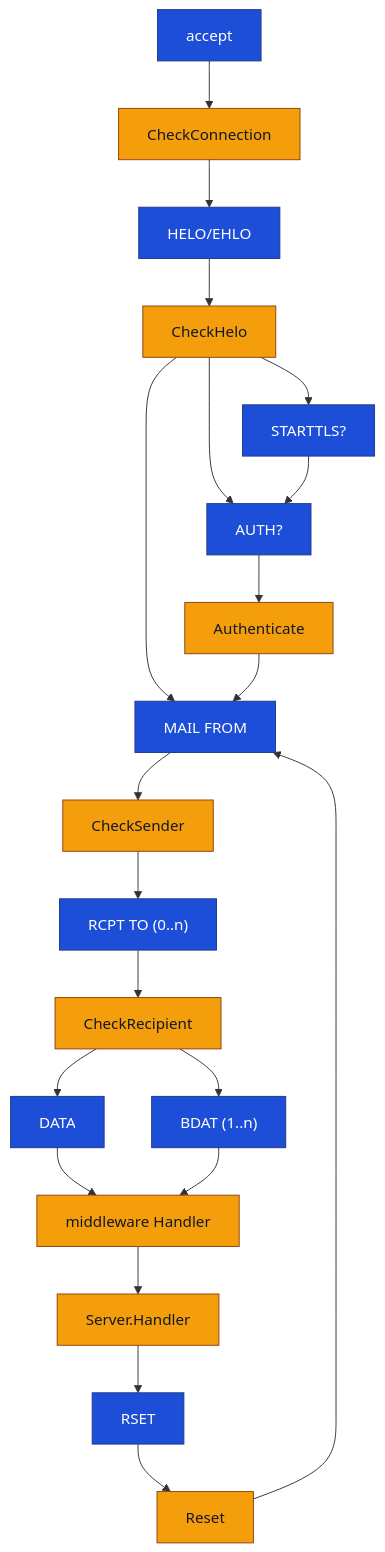
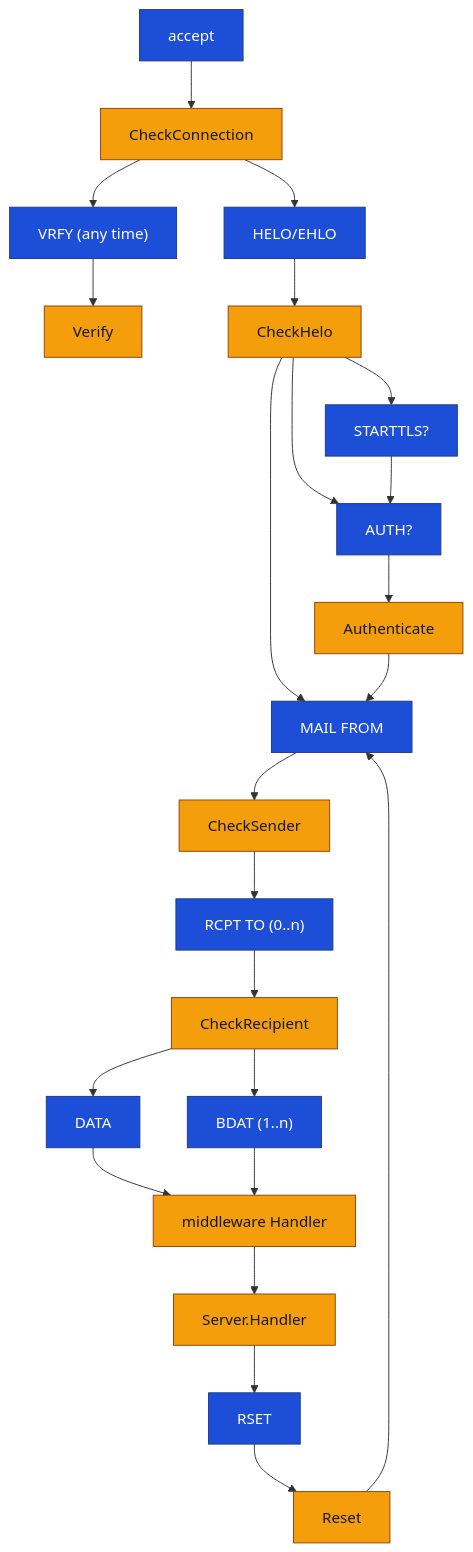
The diagram in README.md (chrj/smtpd), drawn with Mermaid before and after one commit. The commit also changed other lines of this file and 10 other files, not shown here.

````diff
--- a/README.md
+++ b/README.md
@@ -181,29 +184,31 @@
 ```mermaid
 flowchart TD
     accept["accept"] --> checkConnection["CheckConnection"]
+    checkConnection --> vrfy["VRFY (any time)"]
+    vrfy --> verifyHook["Verify"]
     checkConnection --> helo["HELO/EHLO"]
     helo --> checkHelo["CheckHelo"]
     checkHelo --> starttls["STARTTLS?"]
     checkHelo --> auth["AUTH?"]
     starttls --> auth
     checkHelo --> mailFrom["MAIL FROM"]
     auth --> authenticate["Authenticate"]
     authenticate --> mailFrom
     mailFrom --> checkSender["CheckSender"]
     checkSender --> rcptTo["RCPT TO (0..n)"]
     rcptTo --> checkRecipient["CheckRecipient"]
     checkRecipient --> data["DATA"]
     checkRecipient --> bdat["BDAT (1..n)"]
     data --> middlewareHandler["middleware Handler"]
     bdat --> middlewareHandler
     middlewareHandler --> serverHandler["Server.Handler"]
     serverHandler --> rset["RSET"]
     rset --> resetHook["Reset"]
     resetHook --> mailFrom
 
     classDef phase fill:#1d4ed8,stroke:#1e3a8a,color:#ffffff;
     classDef hook fill:#f59e0b,stroke:#92400e,color:#111827;
 
-    class accept,helo,starttls,auth,mailFrom,rcptTo,data,bdat,rset phase;
-    class checkConnection,checkHelo,authenticate,checkSender,checkRecipient,middlewareHandler,serverHandler,resetHook hook;
+    class accept,helo,starttls,auth,vrfy,mailFrom,rcptTo,data,bdat,rset phase;
+    class checkConnection,checkHelo,authenticate,verifyHook,checkSender,checkRecipient,middlewareHandler,serverHandler,resetHook hook;
 ```
````
